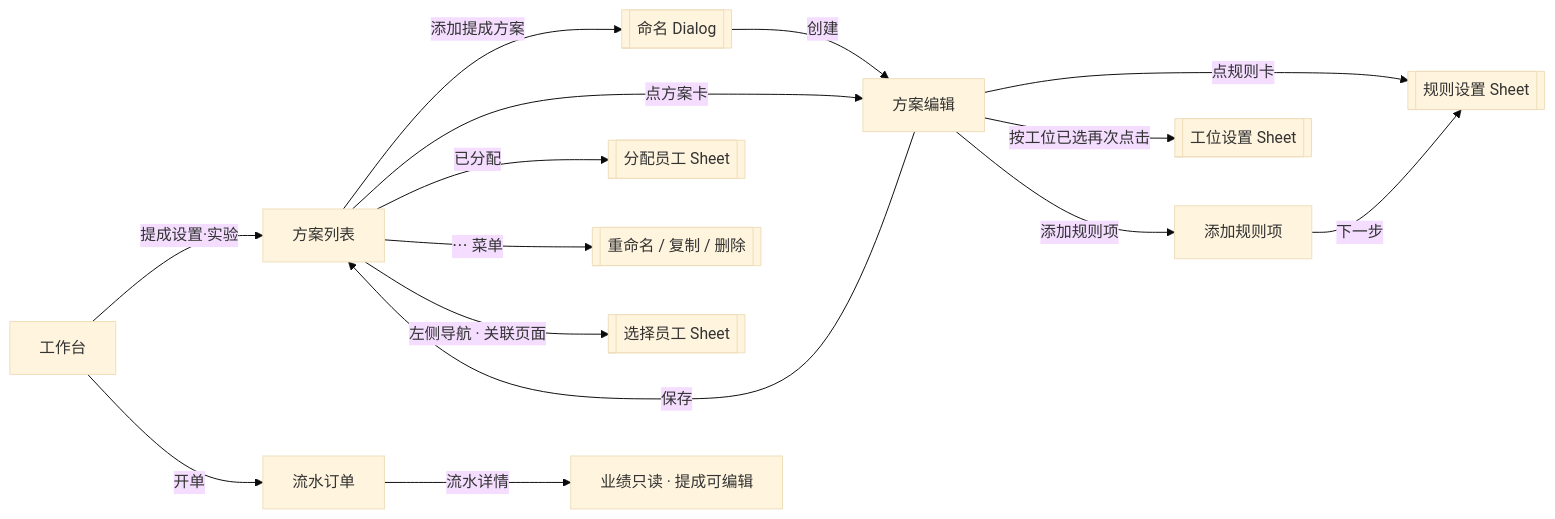
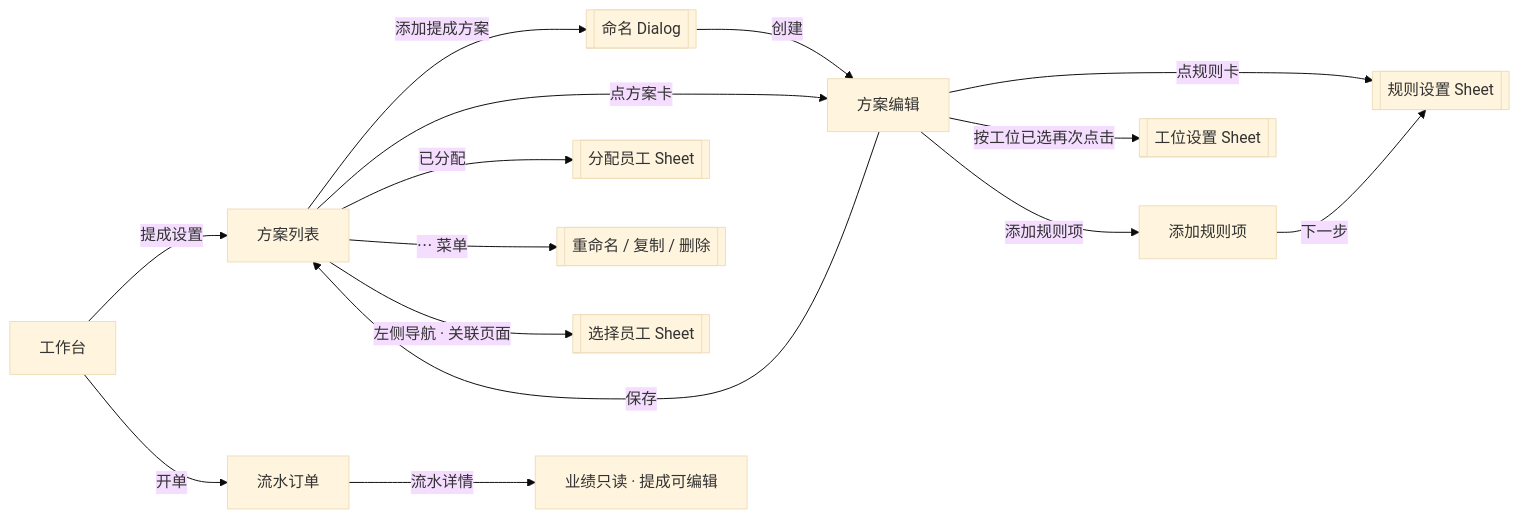
Before and after one commit to XDean-Designer/ticheng: the diagram in PRD-提成设置.md, drawn with Mermaid (base theme). The commit also changed other lines of this file and 14 other files, not shown here.

````diff
--- a/PRD-提成设置.md
+++ b/PRD-提成设置.md
@@ -188,17 +190,17 @@
 ```mermaid
 flowchart LR
-  W[工作台] -->|提成设置·实验| L[方案列表]
+  W[工作台] -->|提成设置| L[方案列表]
   L -->|添加提成方案| N[[命名 Dialog]]
   N -->|创建| E[方案编辑]
   L -->|点方案卡| E
   E -->|点规则卡| S[[规则设置 Sheet]]
   E -->|按工位已选再次点击| ST[[工位设置 Sheet]]
   E -->|添加规则项| P[添加规则项]
   P -->|下一步| S
   L -->|已分配| A[[分配员工 Sheet]]
   L -->|⋯ 菜单| M[[重命名 / 复制 / 删除]]
   E -->|保存| L
   L -->|左侧导航 · 关联页面| STF[[选择员工 Sheet]]
   W -->|开单| B[流水订单]
   B -->|流水详情| D[业绩只读 · 提成可编辑]
 ```
````
